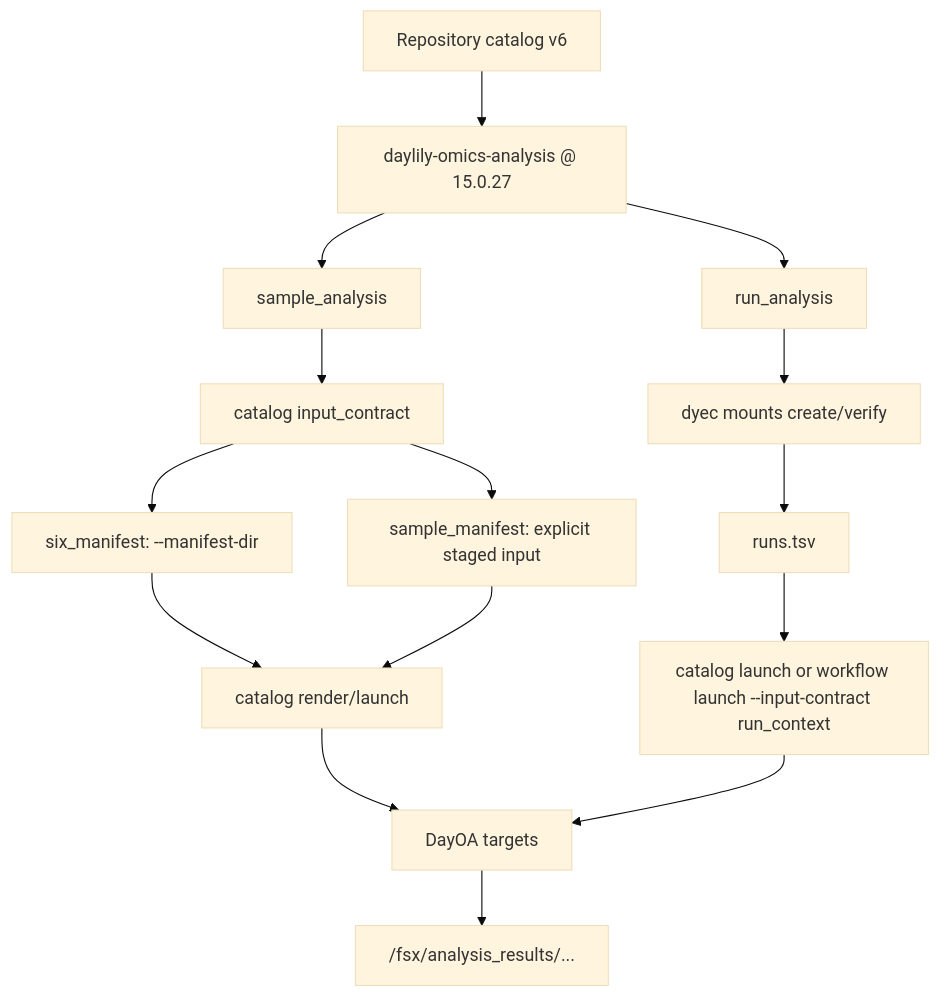
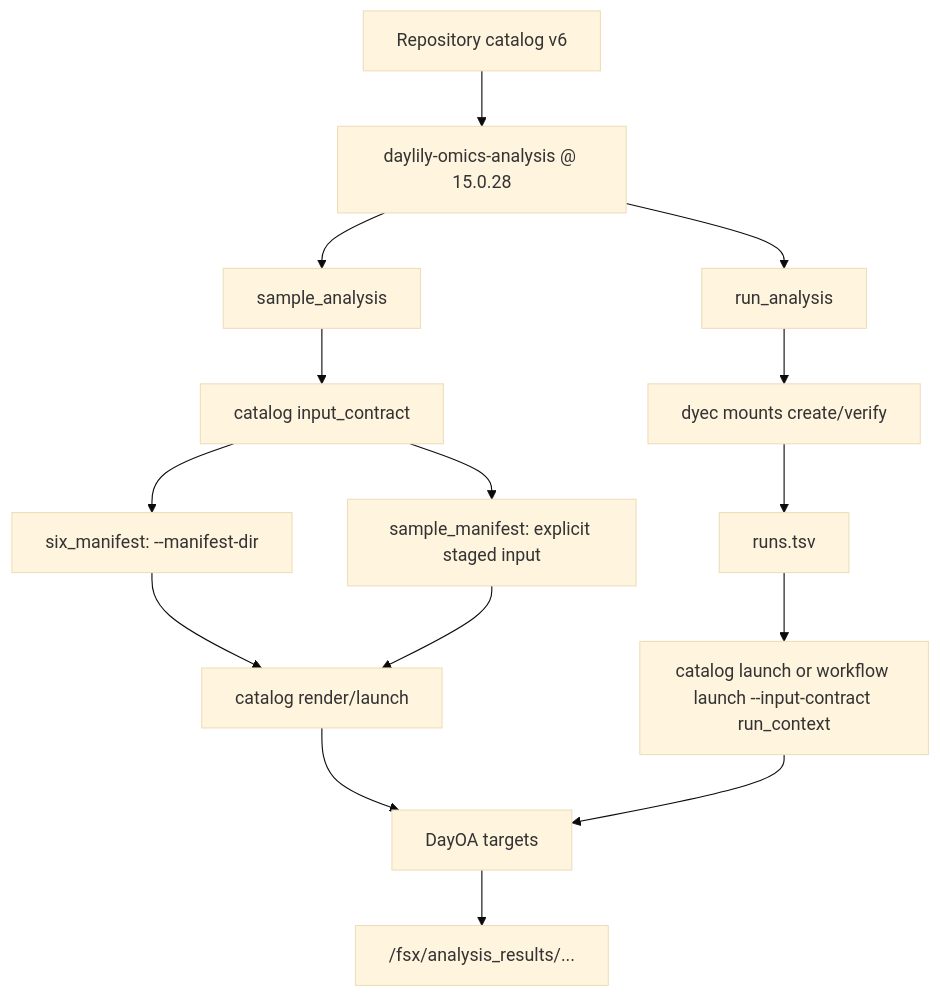
Before and after one commit to Daylily-Informatics/daylily-ephemeral-cluster: the third of 3 diagrams in docs/dra_fsx_strategy.md, drawn with Mermaid (base theme). The commit also changed other lines of this file and 24 other files, not shown here.

````diff
--- a/docs/dra_fsx_strategy.md
+++ b/docs/dra_fsx_strategy.md
@@ -109,20 +109,20 @@
 ```mermaid
 flowchart TB
-  Catalog["Repository catalog v6"] --> Repo["daylily-omics-analysis @ 15.0.27"]
+  Catalog["Repository catalog v6"] --> Repo["daylily-omics-analysis @ 15.0.28"]
   Repo --> Sample["sample_analysis"]
   Repo --> Run["run_analysis"]
 
   Sample --> Contract["catalog input_contract"]
   Contract --> Six["six_manifest: --manifest-dir"]
   Contract --> Legacy["sample_manifest: explicit staged input"]
   Six --> LaunchA["catalog render/launch"]
   Legacy --> LaunchA
 
   Run --> Mount["dyec mounts create/verify"]
   Mount --> Runs["runs.tsv"]
   Runs --> LaunchB["catalog launch or workflow launch --input-contract run_context"]
 
   LaunchA --> DayOA["DayOA targets"]
   LaunchB --> DayOA
   DayOA --> Results["/fsx/analysis_results/..."]
 ```
````
